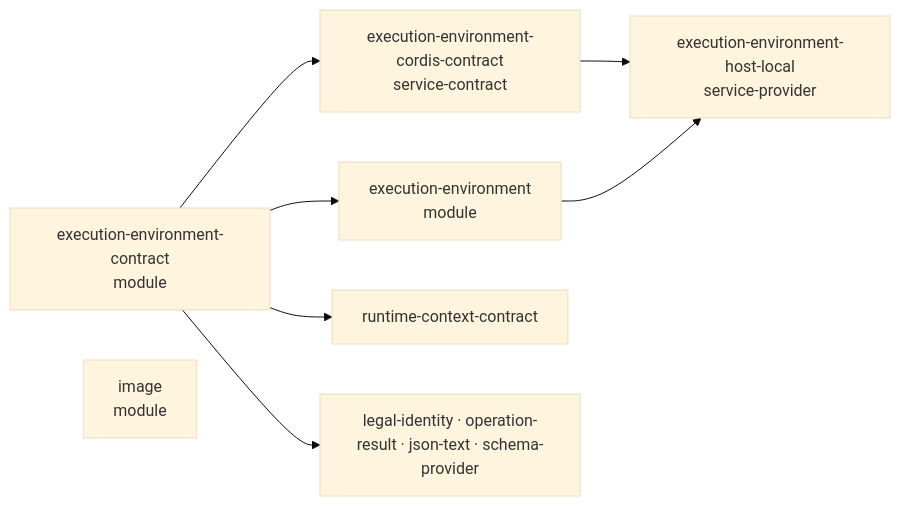
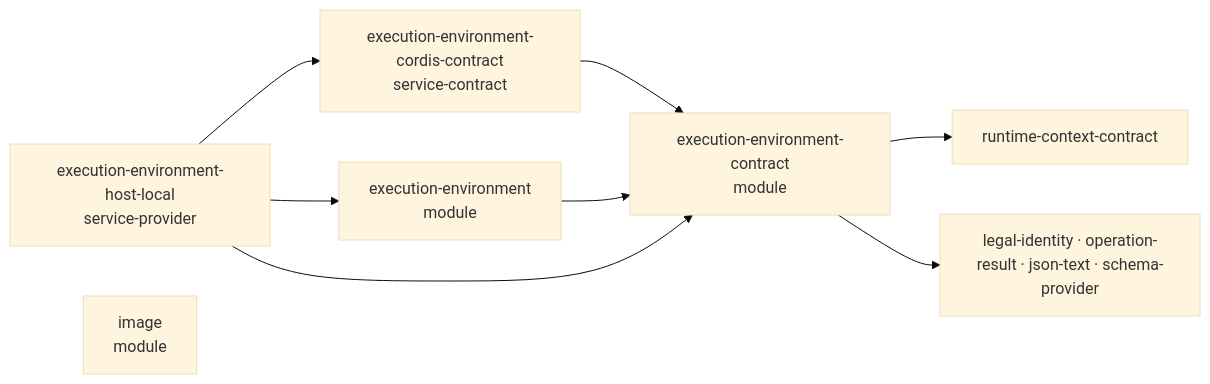
The diagram in packages/execution/docs/architecture.md (nemori-ai/omne-harness-lite), drawn with Mermaid (base theme) before and after one commit. The commit also changed other lines of this file and 31 other files, not shown here.

````diff
--- a/packages/execution/docs/architecture.md
+++ b/packages/execution/docs/architecture.md
@@ -7,14 +7,17 @@
 ```mermaid
 flowchart LR
   EEC[execution-environment-contract<br/>module]
   EECC[execution-environment-cordis-contract<br/>service-contract]
   EE[execution-environment<br/>module]
   HL[execution-environment-host-local<br/>service-provider]
   IMG[image<br/>module]
   RCC[runtime-context-contract]
   LI[legal-identity · operation-result · json-text · schema-provider]
-  EEC --> EECC --> HL
-  EEC --> EE --> HL
+  EECC --> EEC
+  EE --> EEC
+  HL --> EEC
+  HL --> EECC
+  HL --> EE
   EEC --> RCC
   EEC --> LI
 ```
````
